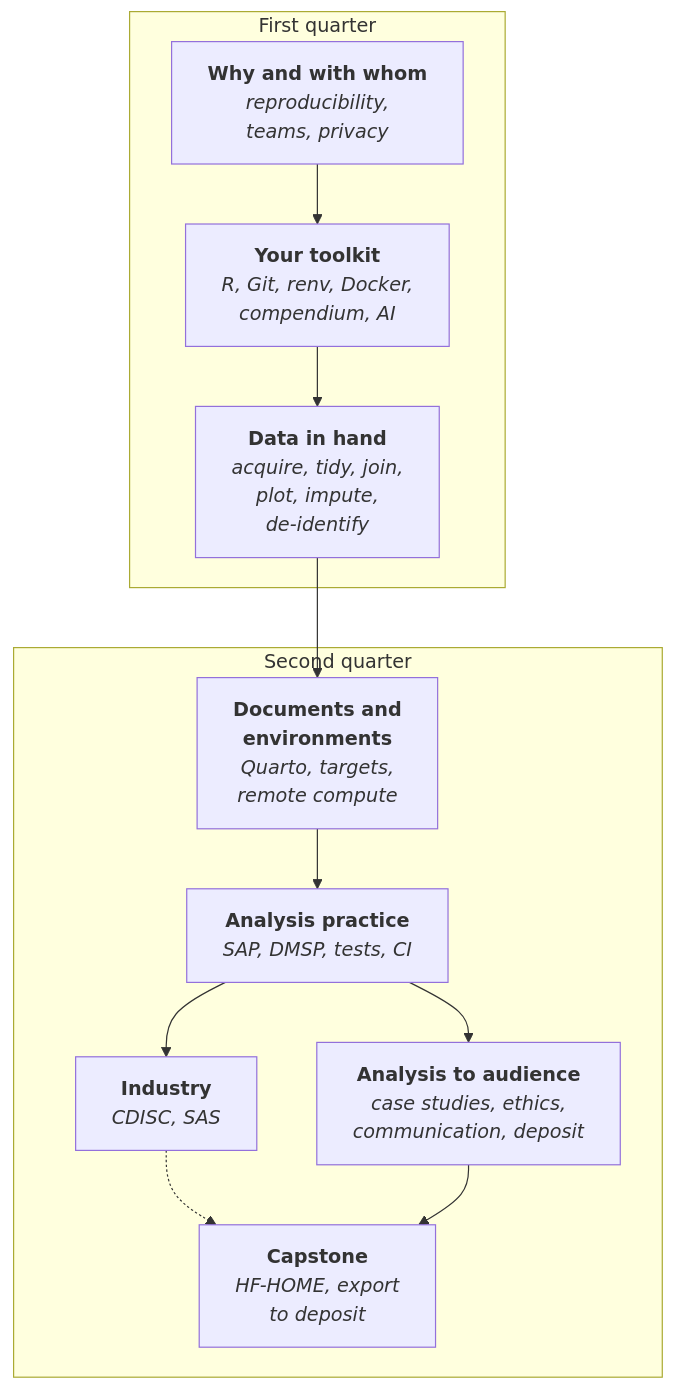
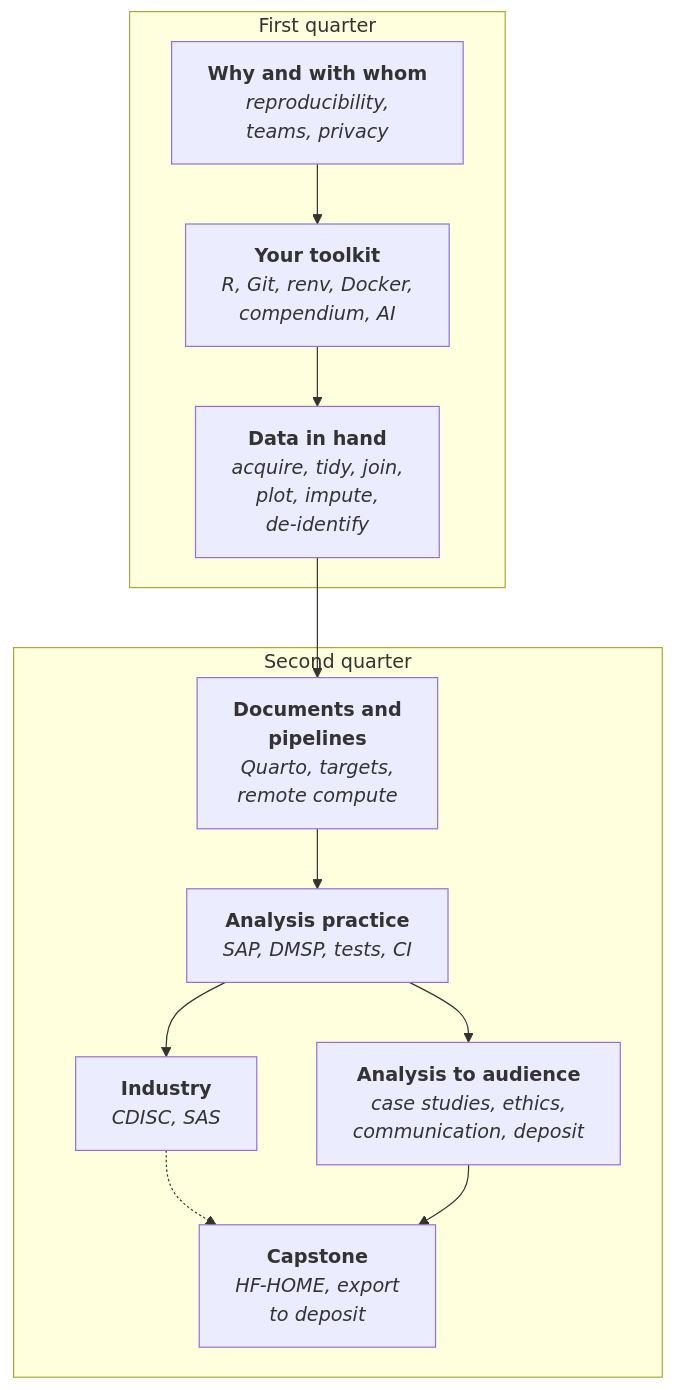
One commit to rgt47/practicum changed the diagram in analysis/report/00-intro.qmd. Above: the diagram before and after it, drawn with Mermaid. The commit also changed other lines of this file and 7 other files, not shown here.

````diff
--- a/analysis/report/00-intro.qmd
+++ b/analysis/report/00-intro.qmd
@@ -106,35 +106,35 @@
 ```{mermaid}
 %%| echo: false
 %%| label: fig-book-map
 %%| fig-alt: "Flowchart of the book's eight parts in two groups,
 %%|   one per quarter. In the first quarter, Why and with whom leads
 %%|   to Your toolkit, which leads to Data in hand. Data in hand
-%%|   leads into the second quarter at Documents and environments,
+%%|   leads into the second quarter at Documents and pipelines,
 %%|   which leads to Analysis practice. Analysis practice branches
 %%|   to Industry and to Analysis to audience, and both converge on
 %%|   the Capstone."
 %%| fig-cap: "The eight parts of the book and what each depends on.
 %%|   The first quarter sets up a project that rebuilds on another
 %%|   machine and ends with a dataset you can trust; the second
 %%|   makes the analysis of it a document, defensible, and
 %%|   readable. Industry is a branch that the capstone draws on but
 %%|   does not require; everything else feeds the capstone directly."
 flowchart TD
   subgraph Q1["First quarter"]
     P1["<b>Why and with whom</b><br/><i>reproducibility,<br/>teams, privacy</i>"]
     P2["<b>Your toolkit</b><br/><i>R, Git, renv, Docker,<br/>compendium, AI</i>"]
     P3["<b>Data in hand</b><br/><i>acquire, tidy, join,<br/>plot, impute,<br/>de-identify</i>"]
   end
   subgraph Q2["Second quarter"]
-    P4["<b>Documents and<br/>environments</b><br/><i>Quarto, targets,<br/>remote compute</i>"]
+    P4["<b>Documents and<br/>pipelines</b><br/><i>Quarto, targets,<br/>remote compute</i>"]
     P5["<b>Analysis practice</b><br/><i>SAP, DMSP, tests, CI</i>"]
     P6["<b>Industry</b><br/><i>CDISC, SAS</i>"]
     P7["<b>Analysis to audience</b><br/><i>case studies, ethics,<br/>communication, deposit</i>"]
     P8["<b>Capstone</b><br/><i>HF-HOME, export<br/>to deposit</i>"]
   end
   P1 --> P2 --> P3 --> P4 --> P5
   P5 --> P6
   P5 --> P7
   P6 -.-> P8
   P7 --> P8
 ```
````
